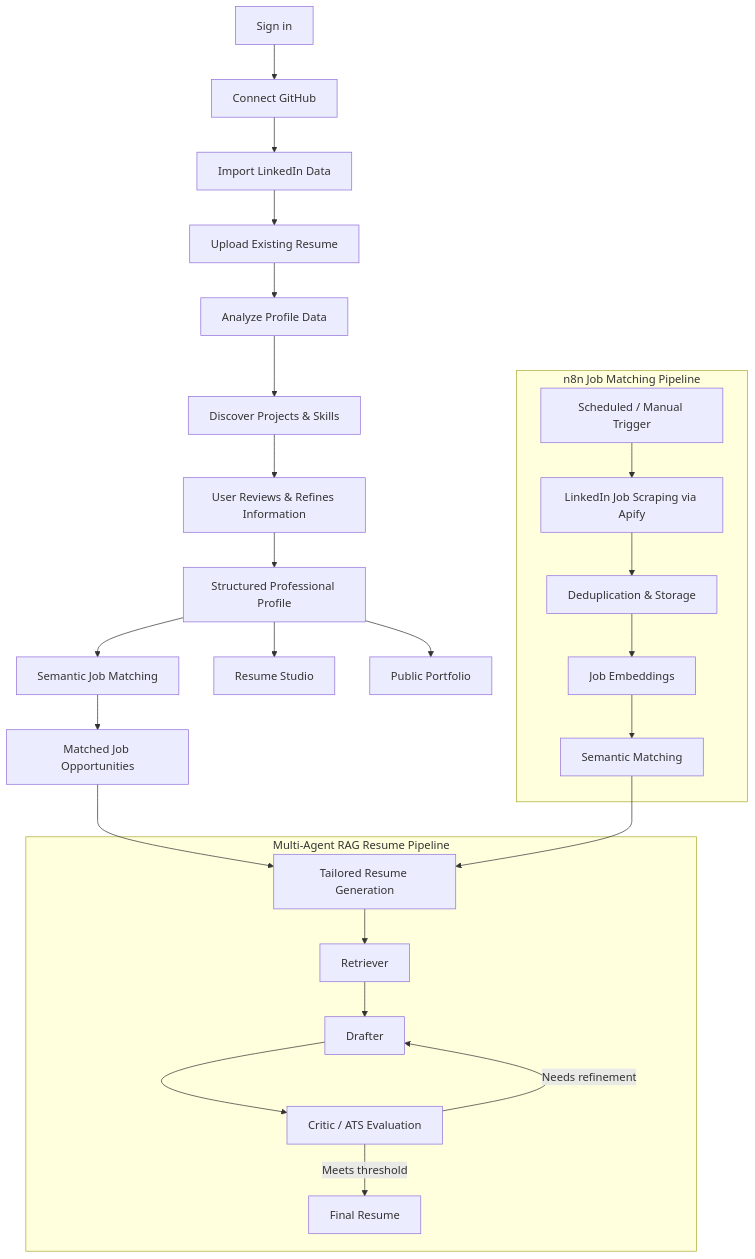
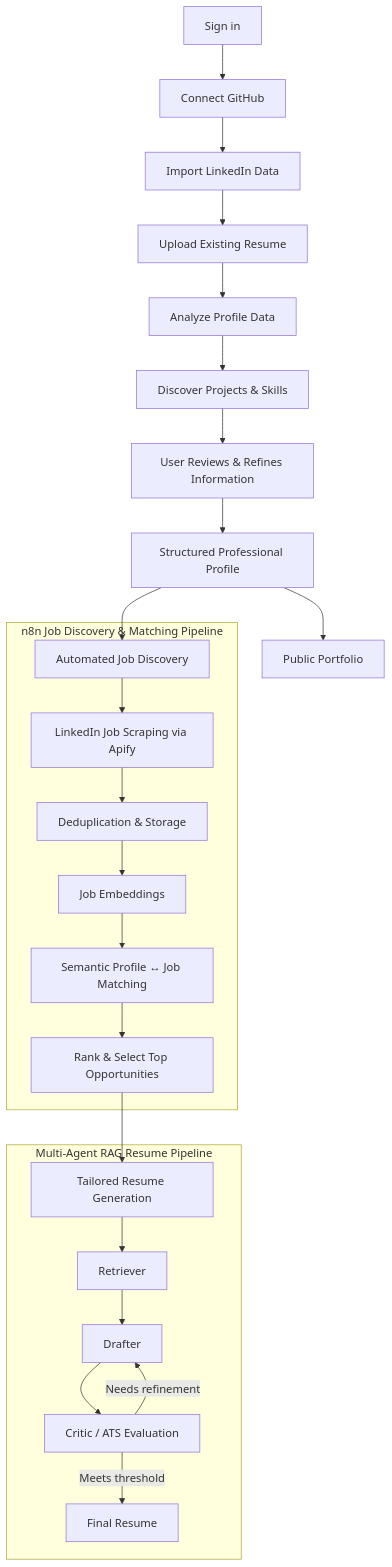
The first of 2 diagrams in README.md (KalpeshEragi/PlaceMates), drawn with Mermaid before and after one commit. The commit also changed other lines of this file, not shown here.

````diff
--- a/README.md
+++ b/README.md
@@ -71,36 +72,32 @@
 ```mermaid
 flowchart TB
 
     A["Sign in"] --> B["Connect GitHub"]
     B --> C["Import LinkedIn Data"]
     C --> D["Upload Existing Resume"]
     D --> E["Analyze Profile Data"]
-
     E --> F["Discover Projects & Skills"]
     F --> G["User Reviews & Refines Information"]
     G --> H["Structured Professional Profile"]
 
-    H --> I["Resume Studio"]
-    H --> J["Public Portfolio"]
-    H --> K["Semantic Job Matching"]
+    H --> I["Public Portfolio"]
+    H --> J["Automated Job Discovery"]
 
-    K --> L["Matched Job Opportunities"]
-    L --> M["Tailored Resume Generation"]
+    subgraph AUTOMATION["n8n Job Discovery & Matching Pipeline"]
+        J --> K["LinkedIn Job Scraping via Apify"]
+        K --> L["Deduplication & Storage"]
+        L --> M["Job Embeddings"]
+        M --> N["Semantic Profile ↔ Job Matching"]
+        N --> O["Rank & Select Top Opportunities"]
+    end
+
+    O --> P["Tailored Resume Generation"]
 
     subgraph RAG["Multi-Agent RAG Resume Pipeline"]
-        M --> N["Retriever"]
-        N --> O["Drafter"]
-        O --> P["Critic / ATS Evaluation"]
-        P -->|"Needs refinement"| O
-        P -->|"Meets threshold"| Q["Final Resume"]
-    end
-
-    subgraph AUTOMATION["n8n Job Matching Pipeline"]
-        R["Scheduled / Manual Trigger"]
-        R --> S["LinkedIn Job Scraping via Apify"]
-        S --> T["Deduplication & Storage"]
-        T --> U["Job Embeddings"]
-        U --> V["Semantic Matching"]
-        V --> M
+        P --> Q["Retriever"]
+        Q --> R["Drafter"]
+        R --> S["Critic / ATS Evaluation"]
+        S -->|"Needs refinement"| R
+        S -->|"Meets threshold"| T["Final Resume"]
     end
 ```
````
